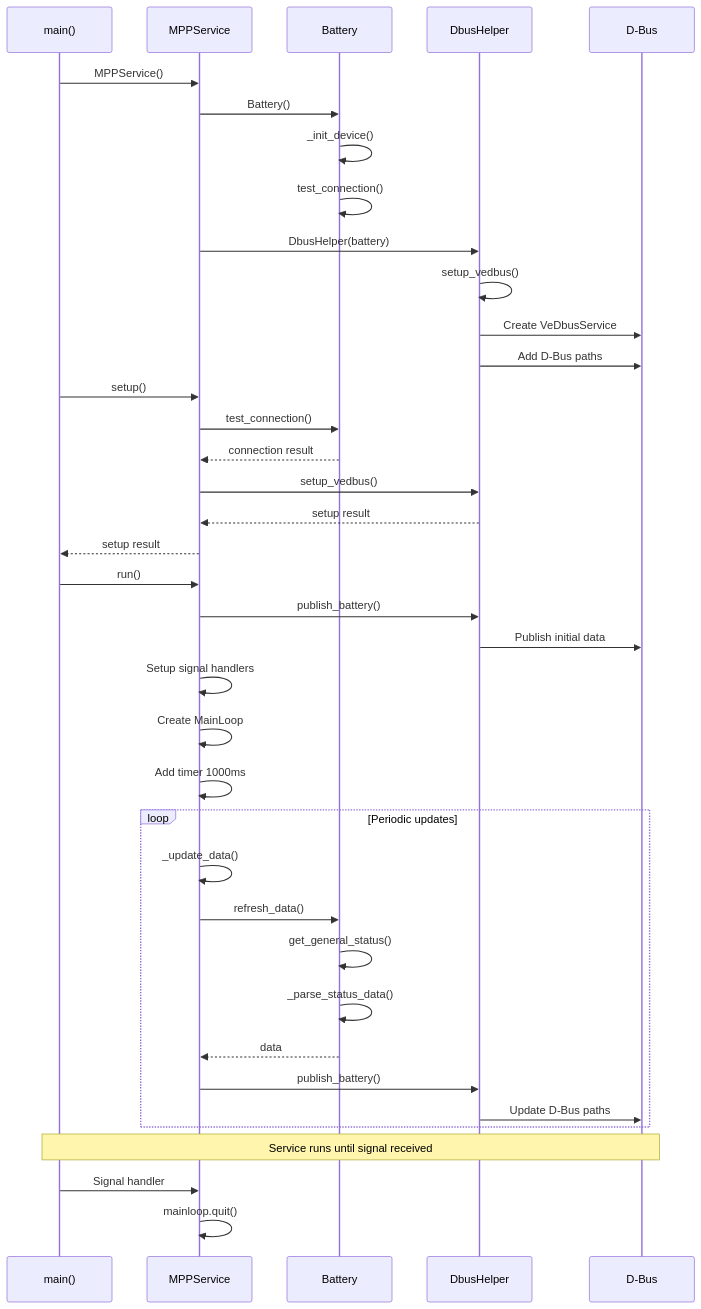
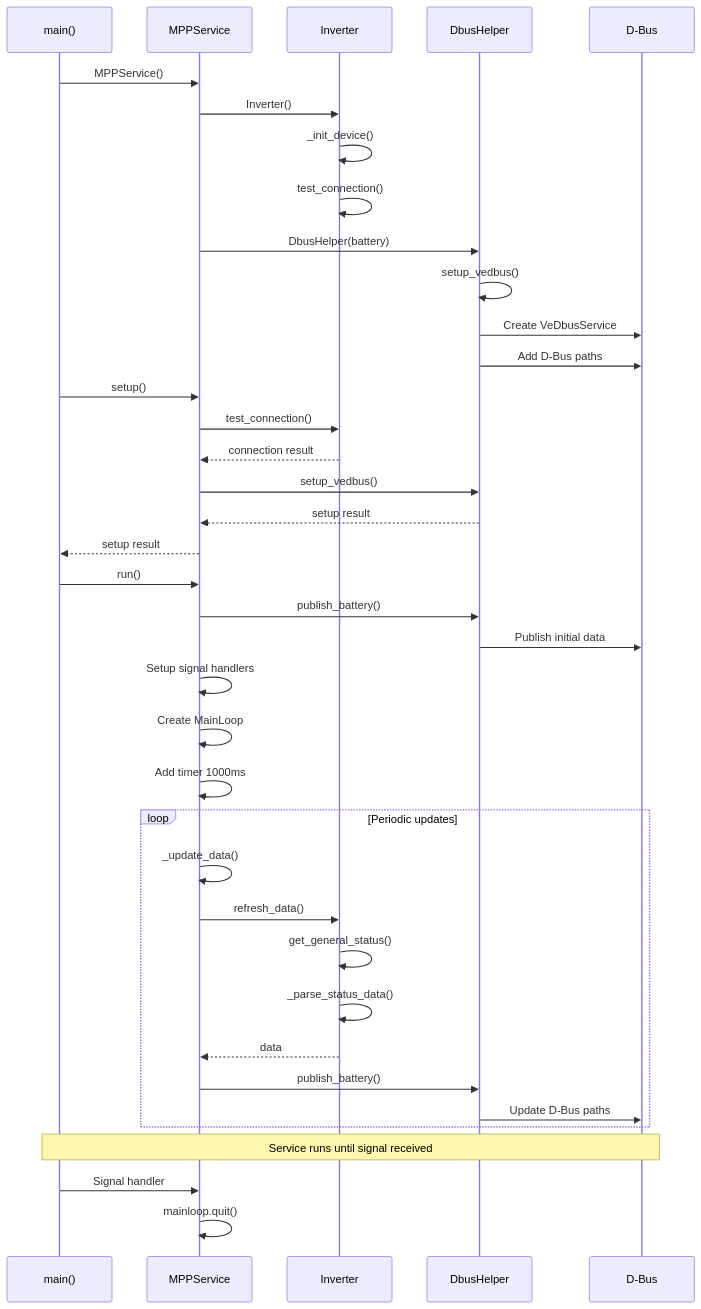
Before and after one commit to spacecabbie/dbus-mppsolarv2: the third of 4 diagrams in README.md, drawn with Mermaid. The commit also changed other lines of this file and 13 other files, not shown here.

````diff
--- a/README.md
+++ b/README.md
@@ -696,45 +696,45 @@
 ```mermaid
 sequenceDiagram
     participant M as main()
     participant S as MPPService
-    participant B as Battery
+    participant B as Inverter
     participant D as DbusHelper
     participant DB as D-Bus
 
     M->>S: MPPService()
-    S->>B: Battery()
+    S->>B: Inverter()
     B->>B: _init_device()
     B->>B: test_connection()
     S->>D: DbusHelper(battery)
     D->>D: setup_vedbus()
     D->>DB: Create VeDbusService
     D->>DB: Add D-Bus paths
 
     M->>S: setup()
     S->>B: test_connection()
     B-->>S: connection result
     S->>D: setup_vedbus()
     D-->>S: setup result
     S-->>M: setup result
 
     M->>S: run()
     S->>D: publish_battery()
     D->>DB: Publish initial data
     S->>S: Setup signal handlers
     S->>S: Create MainLoop
     S->>S: Add timer 1000ms
 
     loop Periodic updates
         S->>S: _update_data()
         S->>B: refresh_data()
         B->>B: get_general_status()
         B->>B: _parse_status_data()
         B-->>S: data
         S->>D: publish_battery()
         D->>DB: Update D-Bus paths
     end
 
     Note over M,DB: Service runs until signal received
     M->>S: Signal handler
     S->>S: mainloop.quit()
 ```
````
